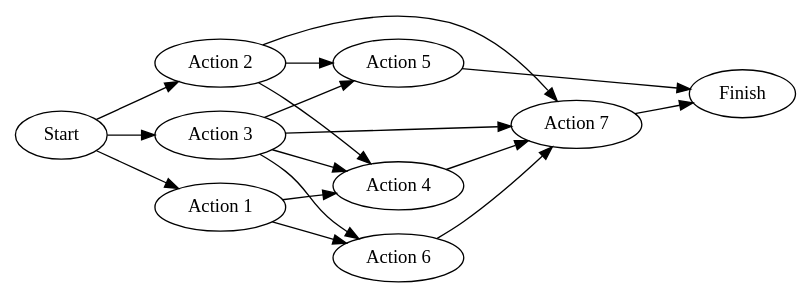
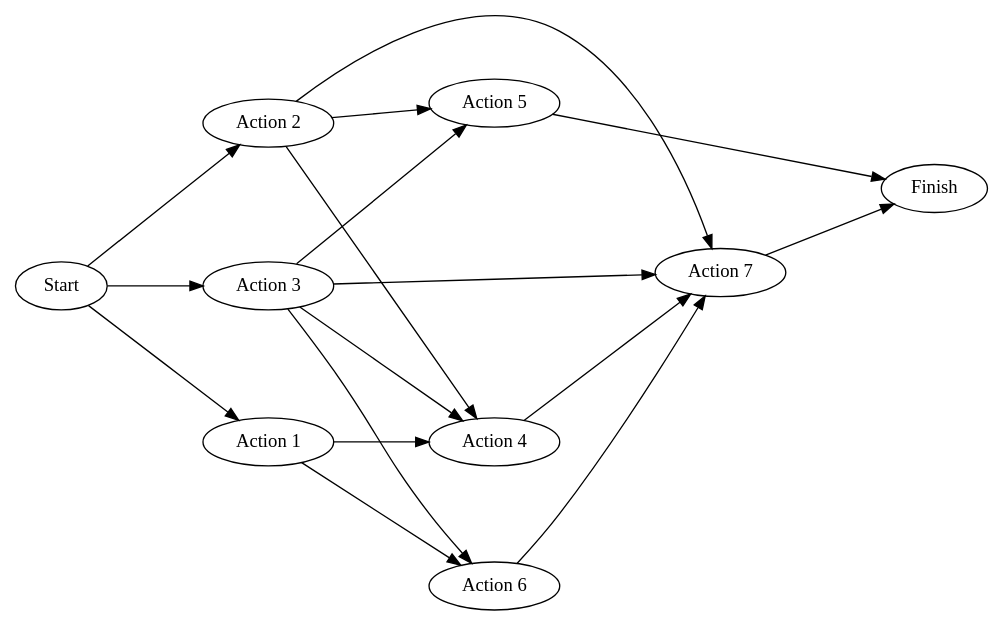
One commit to hbierlee/ArtificialIntelligenceExams changed the diagram in doc/scheduling/scheduling.dot. Above: the diagram before and after it, drawn with Graphviz. The commit also changed 3 other files, not shown here.

```diff
--- a/doc/scheduling/scheduling.dot
+++ b/doc/scheduling/scheduling.dot
@@ -1,36 +1,37 @@
 digraph {
+	graph [nodesep=1, ranksep=1];
 	rankdir="LR";
 	1 [label="Start"];
 	1 -> 2;
 	1 -> 3;
 	1 -> 4;
 	
 	2 [label="Action 1"];
 	2 -> 5;
 	2 -> 7;
 
 	3 [label="Action 2"];
 	3 -> 5;
 	3 -> 6;
 	3 -> 8;
 
 	4 [label="Action 3"];
 	4 -> 5;
 	4 -> 6;
 	4 -> 7;
 	4 -> 8;
 
 	5 [label="Action 4"];
 	5 -> 8;
 	
 	6 [label="Action 5"];
 	6 -> 9;
 	
 	7 [label="Action 6"];
 	7 -> 8;
 	
 	8 [label="Action 7"];
 	8 -> 9;
 
 	9 [label="Finish"];
 }
```
